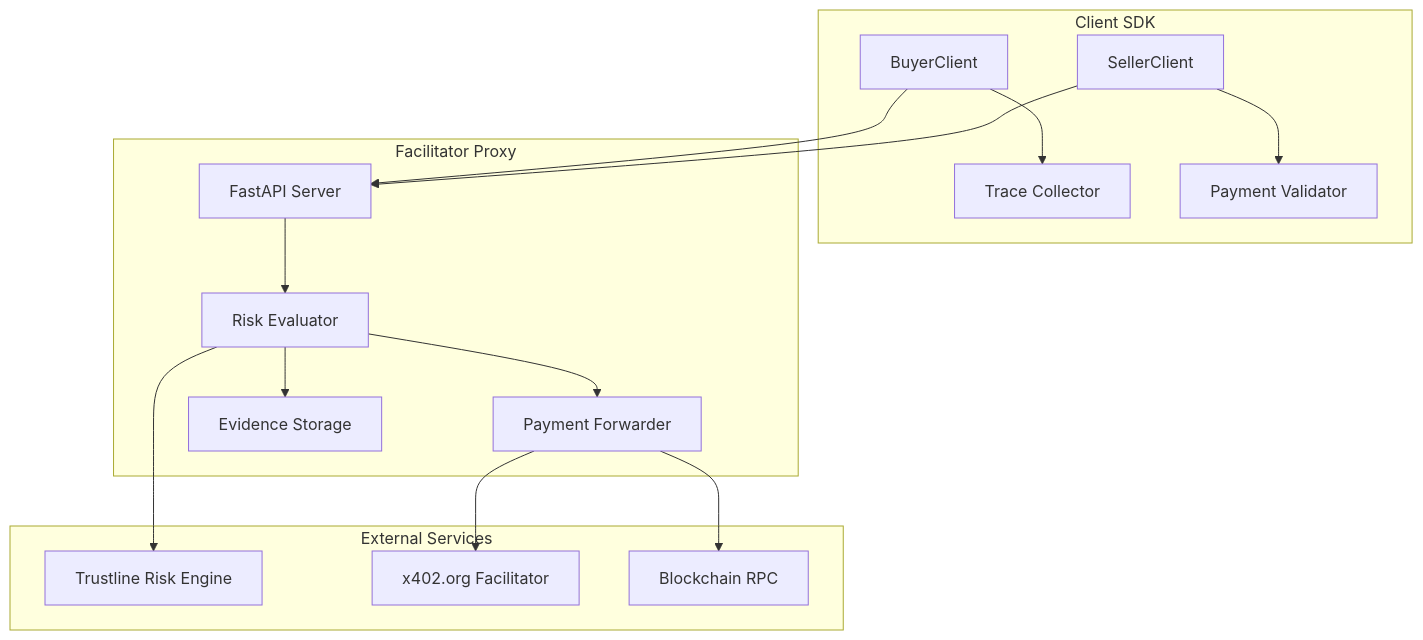
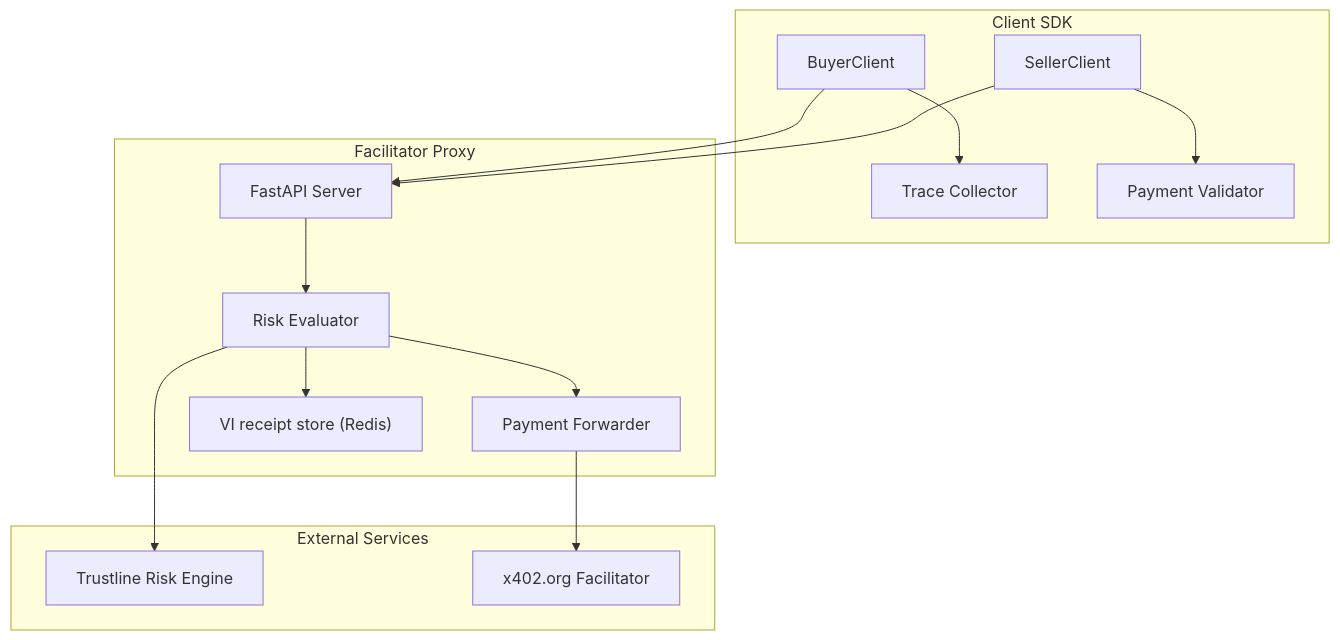
The first of 2 diagrams in docs/DEVELOPMENT.md (t54-labs/x402-secure), drawn with Mermaid before and after one commit. The commit also changed other lines of this file and 19 other files, not shown here.

````diff
--- a/docs/DEVELOPMENT.md
+++ b/docs/DEVELOPMENT.md
@@ -17,25 +17,23 @@
 ```mermaid
 graph TB
     subgraph "Client SDK"
         A1[BuyerClient] --> A2[Trace Collector]
         A3[SellerClient] --> A4[Payment Validator]
     end
 
     subgraph "Facilitator Proxy"
         B1[FastAPI Server] --> B2[Risk Evaluator]
         B2 --> B3[Payment Forwarder]
-        B2 --> B4[Evidence Storage]
+        B2 --> B4["VI receipt store (Redis)"]
     end
 
     subgraph "External Services"
         C1[Trustline Risk Engine]
         C2[x402.org Facilitator]
-        C3[Blockchain RPC]
     end
 
     A1 --> B1
     A3 --> B1
     B2 --> C1
     B3 --> C2
-    B3 --> C3
 ```
````
